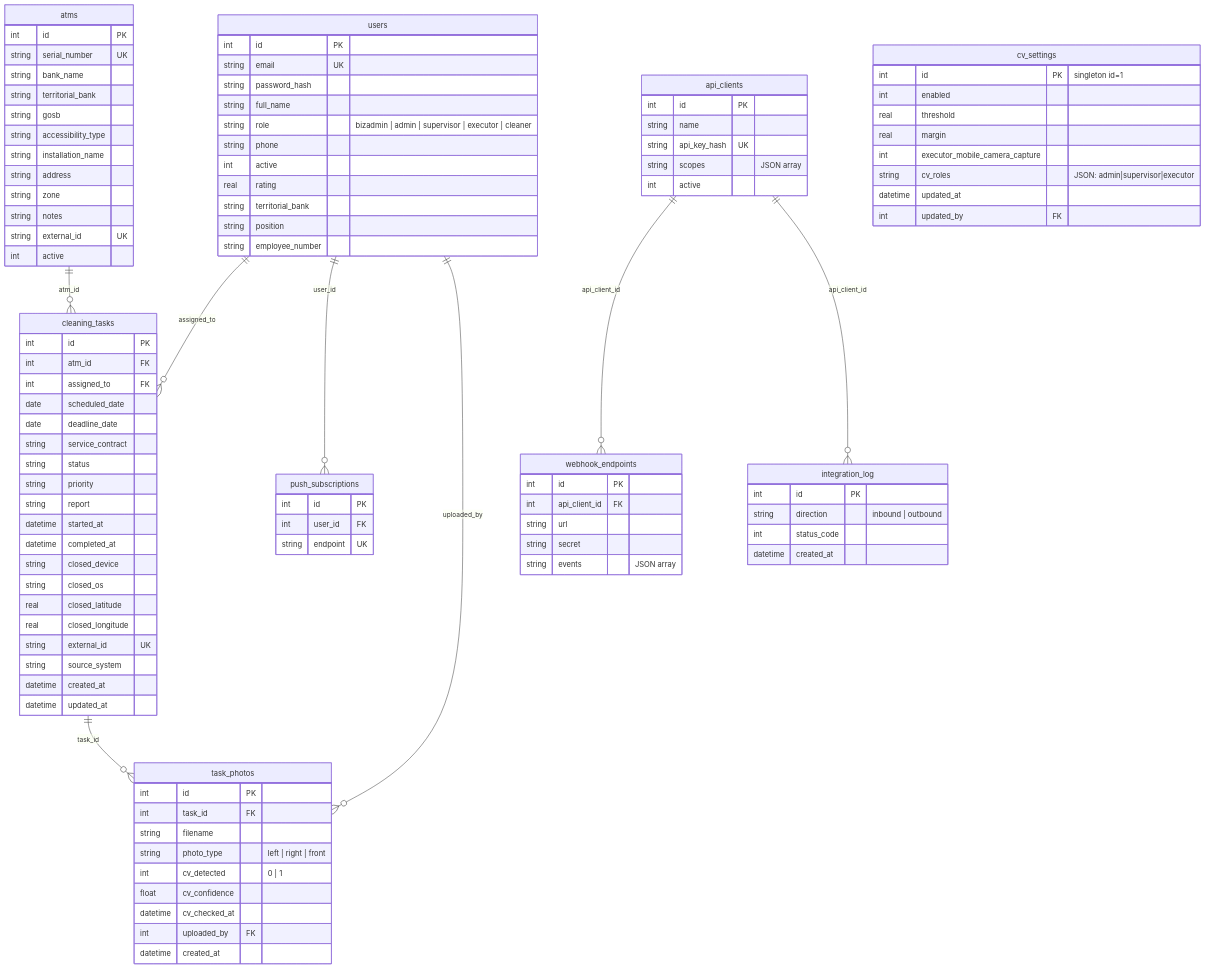
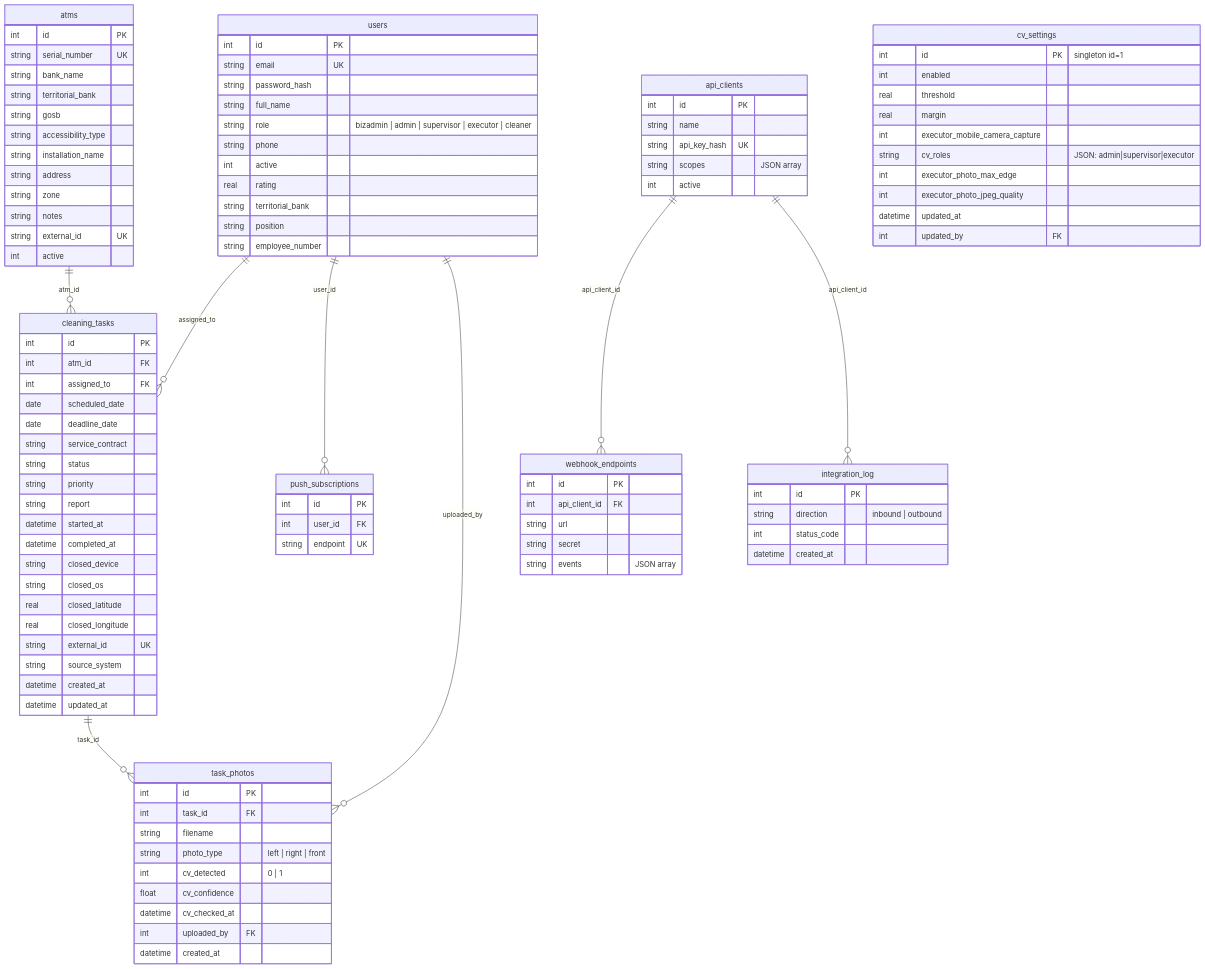
One commit to DjSurfTSI/control-app changed the second of 12 diagrams in ARCHITECTURE.md. Above: the diagram before and after it, drawn with Mermaid. The commit also changed other lines of this file and 13 other files, not shown here.

```diff
--- a/ARCHITECTURE.md
+++ b/ARCHITECTURE.md
@@ -259,6 +259,8 @@
         real margin
         int executor_mobile_camera_capture
         string cv_roles "JSON: admin|supervisor|executor"
+        int executor_photo_max_edge
+        int executor_photo_jpeg_quality
         datetime updated_at
         int updated_by FK
     }
```
